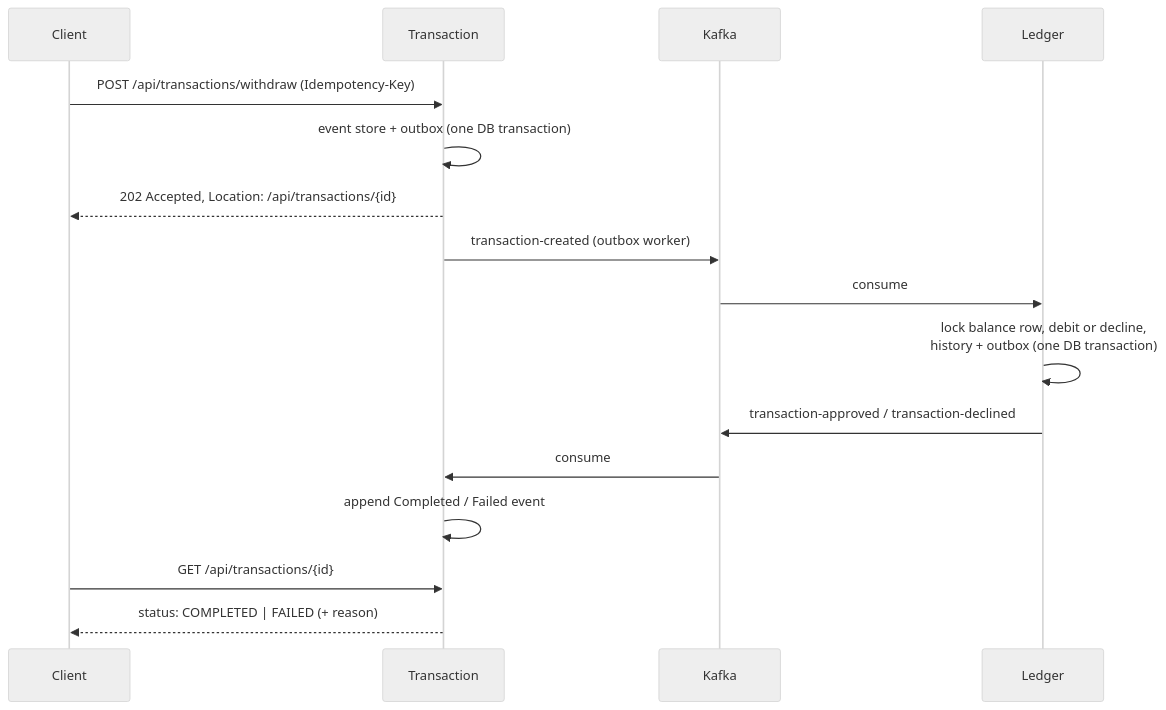
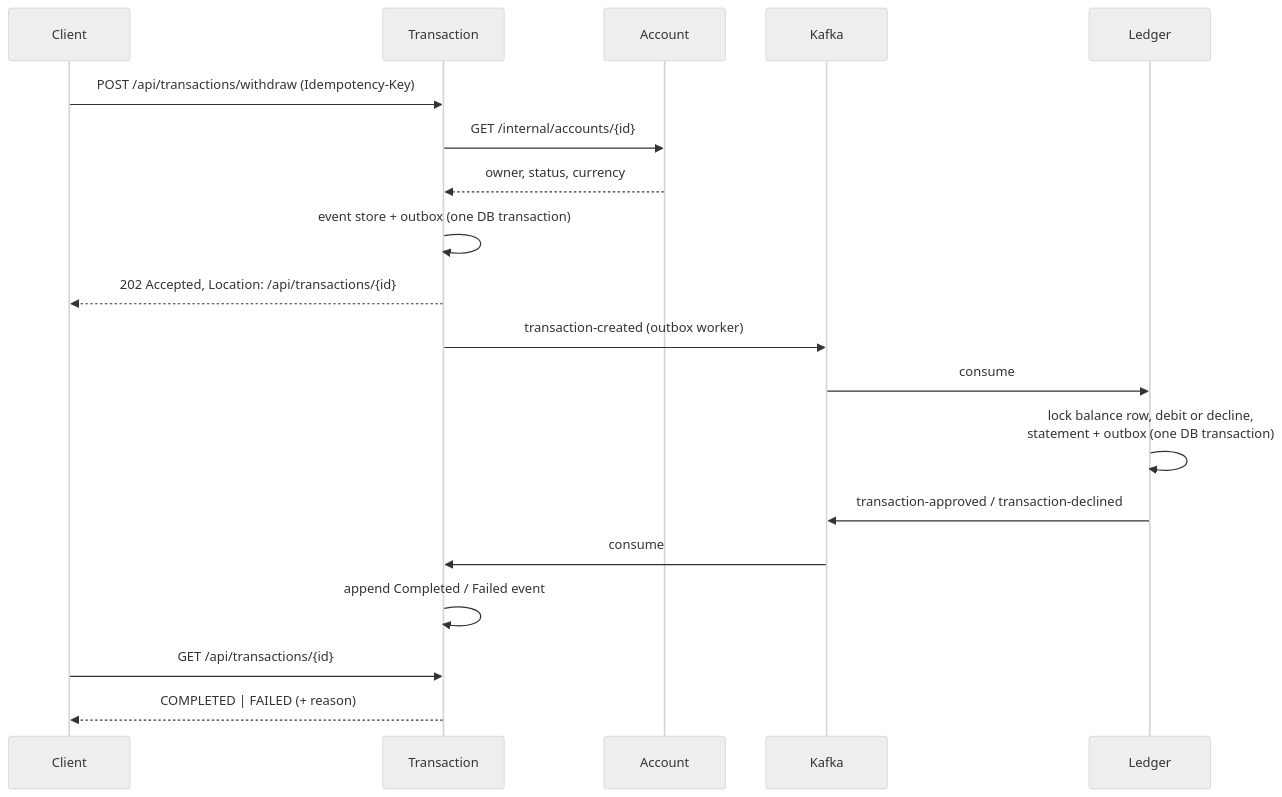
The second of 2 diagrams in README.md (nikola8217/Bankflow), drawn with Mermaid (neutral theme) before and after one commit. The commit also changed other lines of this file, not shown here.

````diff
--- a/README.md
+++ b/README.md
@@ -54,19 +65,22 @@
 ```mermaid
 sequenceDiagram
     participant C as Client
     participant T as Transaction
+    participant A as Account
     participant K as Kafka
     participant L as Ledger
 
     C->>T: POST /api/transactions/withdraw (Idempotency-Key)
+    T->>A: GET /internal/accounts/{id}
+    A-->>T: owner, status, currency
     T->>T: event store + outbox (one DB transaction)
     T-->>C: 202 Accepted, Location: /api/transactions/{id}
     T->>K: transaction-created (outbox worker)
     K->>L: consume
-    L->>L: lock balance row, debit or decline,<br/>history + outbox (one DB transaction)
+    L->>L: lock balance row, debit or decline,<br/>statement + outbox (one DB transaction)
     L->>K: transaction-approved / transaction-declined
     K->>T: consume
     T->>T: append Completed / Failed event
     C->>T: GET /api/transactions/{id}
-    T-->>C: status: COMPLETED | FAILED (+ reason)
+    T-->>C: COMPLETED | FAILED (+ reason)
 ```
````
